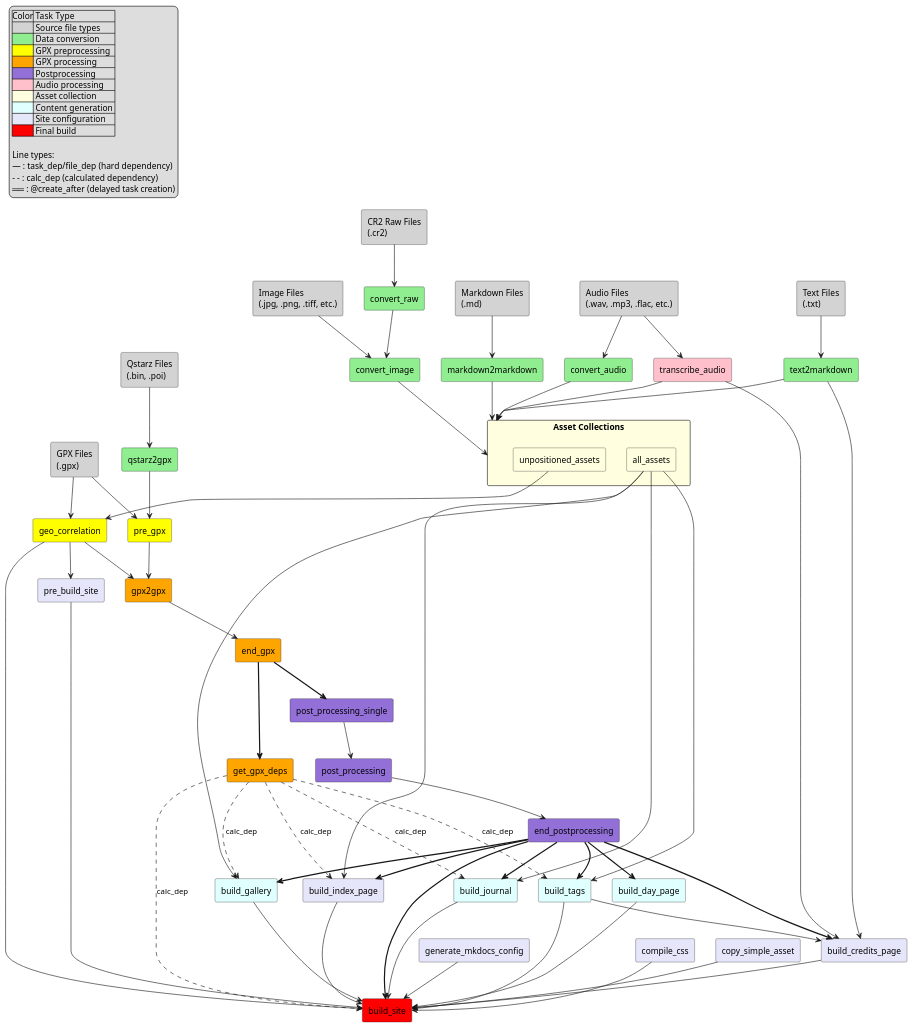
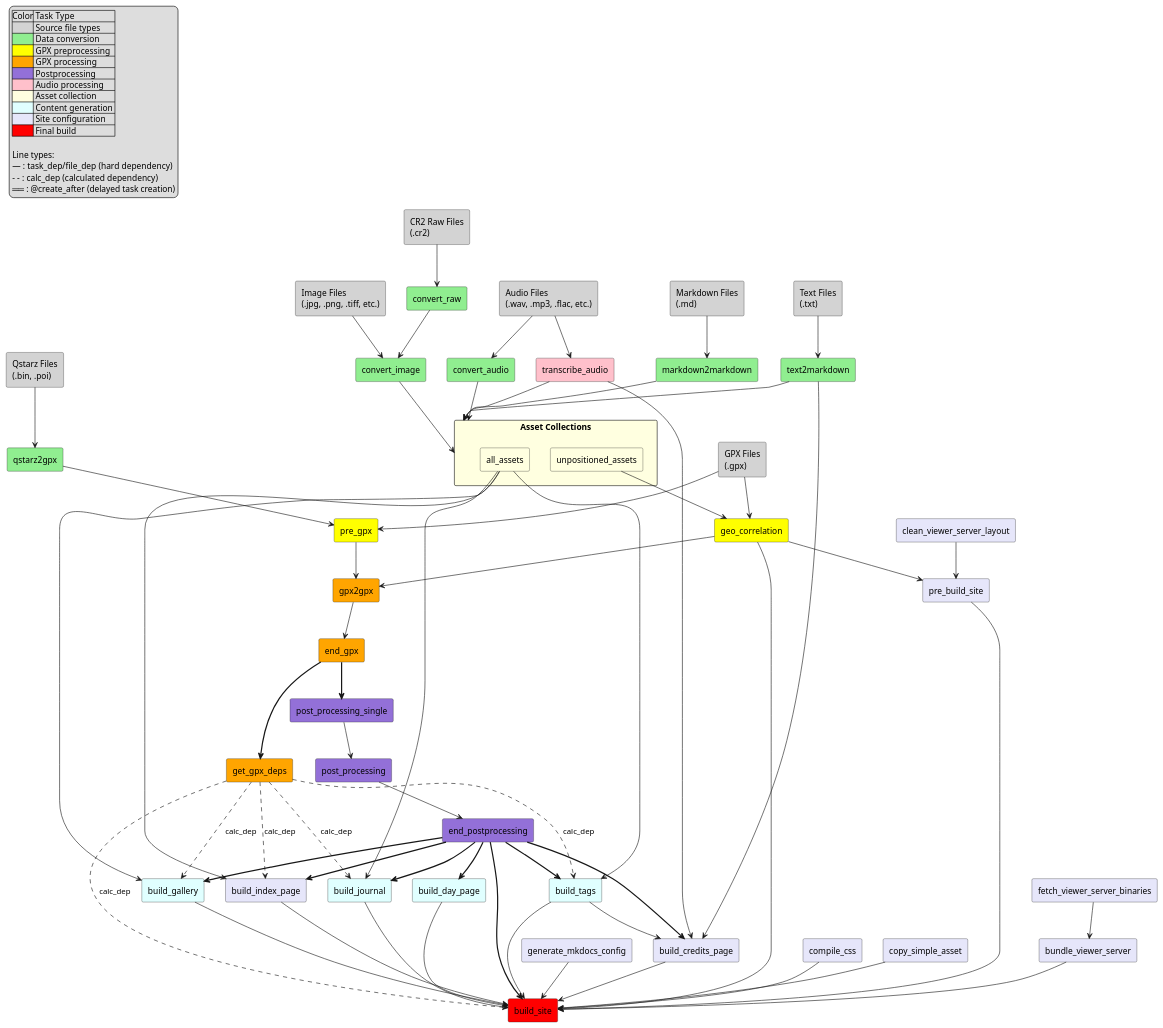
Before and after one commit to bytehexe/mkmapdiary: the diagram in docs/reference/task-dependencies.puml, drawn with PlantUML. The commit also changed 4 other files, not shown here.

First line of the commit message:
feat: wire up doit tasks to fetch and bundle the viewer server

```diff
--- a/docs/reference/task-dependencies.puml
+++ b/docs/reference/task-dependencies.puml
@@ -102,6 +102,9 @@
 rectangle "compile_css" as compile_css #lavender
 rectangle "copy_simple_asset" as copy_simple_asset #lavender
 rectangle "pre_build_site" as pre_build_site #lavender
+rectangle "clean_viewer_server_layout" as clean_viewer_server_layout #lavender
+rectangle "fetch_viewer_server_binaries" as fetch_viewer_server_binaries #lavender
+rectangle "bundle_viewer_server" as bundle_viewer_server #lavender
 rectangle "build_site" as build_site #red
 
 ' Source file to conversion task dependencies
@@ -177,6 +180,7 @@
 build_journal --> build_site
 build_tags --> build_site
 pre_build_site --> build_site
+bundle_viewer_server --> build_site
 geo_correlation --> build_site
 get_gpx_deps -.-> build_site : calc_dep
 
@@ -190,6 +194,12 @@
 
 ' Dependencies for pre_build_site
 geo_correlation --> pre_build_site
+clean_viewer_server_layout --> pre_build_site
+
+' Dependencies for the bundled viewer server (gated on
+' features.bundle_viewer_server.enabled; clean_viewer_server_layout itself
+' always runs, since it must react to either direction of a flag flip)
+fetch_viewer_server_binaries --> bundle_viewer_server
 
 ' Legend
 legend top left
```
